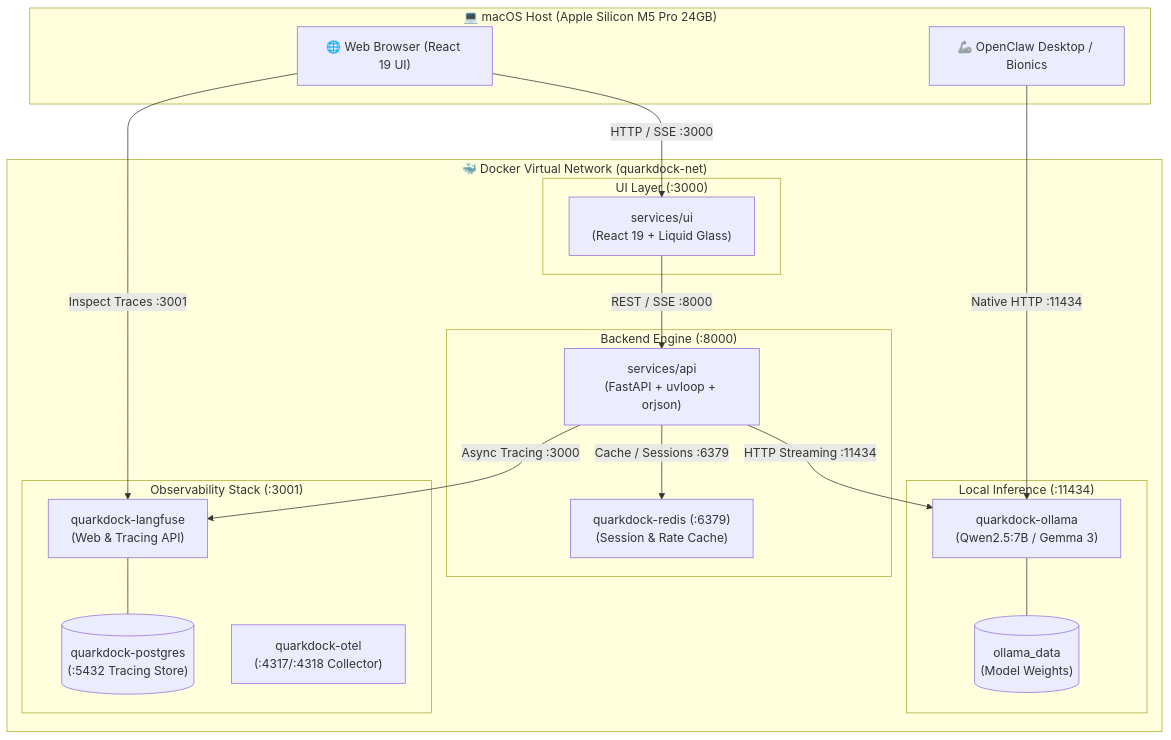
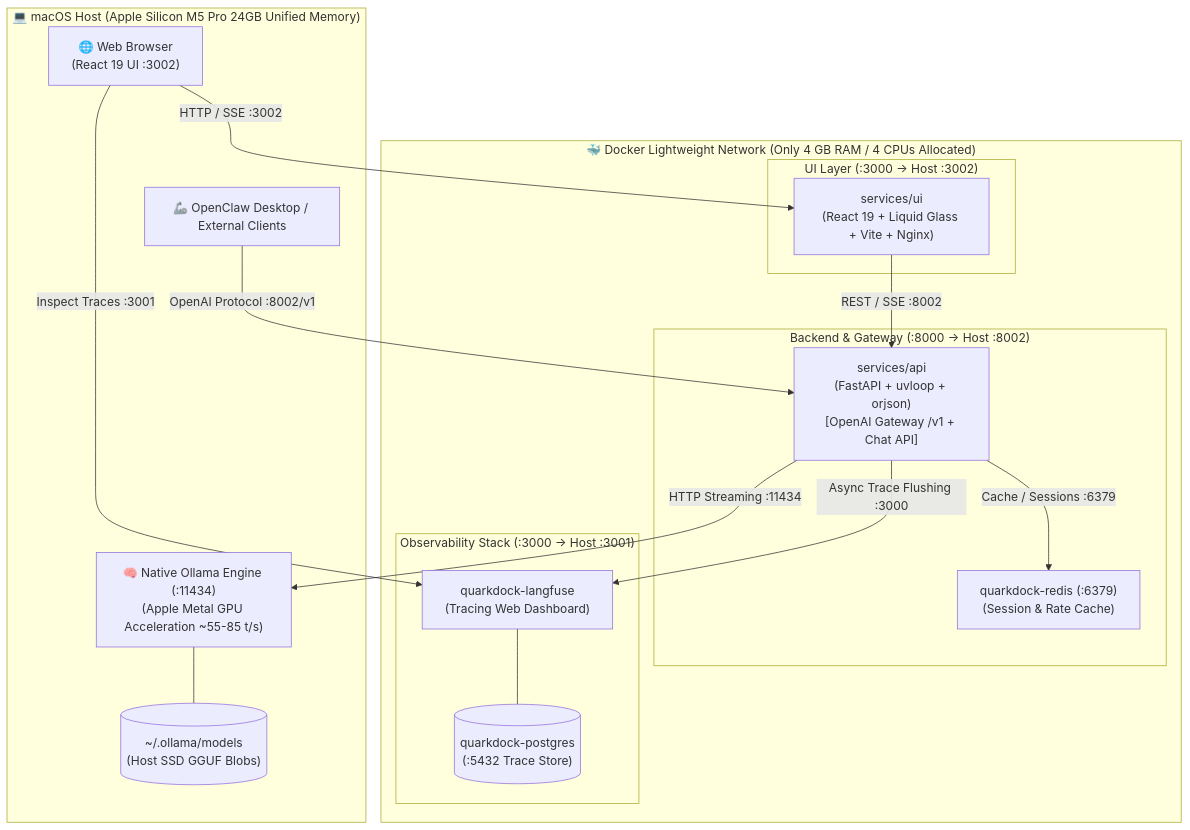
The diagram in README.md (vadde/QuarkDock), drawn with Mermaid before and after one commit. The commit also changed other lines of this file, not shown here.

Commit message:
docs(repo): update Grand Central README with native Metal hybrid architecture and Manage orchestrator workflow

````diff
--- a/README.md
+++ b/README.md
@@ -29,40 +33,36 @@
 ```mermaid
 flowchart TB
-    subgraph Host["💻 macOS Host (Apple Silicon M5 Pro 24GB)"]
-        Browser["🌐 Web Browser (React 19 UI)"]
-        OpenClaw["🦾 OpenClaw Desktop / Bionics"]
+    subgraph Host["💻 macOS Host (Apple Silicon M5 Pro 24GB Unified Memory)"]
+        Browser["🌐 Web Browser\n(React 19 UI :3002)"]
+        OpenClaw["🦾 OpenClaw Desktop / External Clients"]
+        Ollama["🧠 Native Ollama Engine (:11434)\n(Apple Metal GPU Acceleration ~55-85 t/s)"]
+        ModelStorage[("~/.ollama/models\n(Host SSD GGUF Blobs)")]
+        Ollama --- ModelStorage
     end
 
-    subgraph DockerNet["🐳 Docker Virtual Network (quarkdock-net)"]
-        subgraph FrontendLayer["UI Layer (:3000)"]
-            UI["services/ui\n(React 19 + Liquid Glass)"]
+    subgraph DockerNet["🐳 Docker Lightweight Network (Only 4 GB RAM / 4 CPUs Allocated)"]
+        subgraph FrontendLayer["UI Layer (:3000 -> Host :3002)"]
+            UI["services/ui\n(React 19 + Liquid Glass + Vite + Nginx)"]
         end
 
-        subgraph BackendLayer["Backend Engine (:8000)"]
-            API["services/api\n(FastAPI + uvloop + orjson)"]
+        subgraph BackendLayer["Backend & Gateway (:8000 -> Host :8002)"]
+            API["services/api\n(FastAPI + uvloop + orjson)\n[OpenAI Gateway /v1 + Chat API]"]
             Redis["quarkdock-redis (:6379)\n(Session & Rate Cache)"]
         end
 
-        subgraph ModelEngine["Local Inference (:11434)"]
-            Ollama["quarkdock-ollama\n(Qwen2.5:7B / Gemma 3)"]
-            Volume[("ollama_data\n(Model Weights)")]
-            Ollama --- Volume
-        end
-
-        subgraph ObservabilityLayer["Observability Stack (:3001)"]
-            Langfuse["quarkdock-langfuse\n(Web & Tracing API)"]
-            Postgres[("quarkdock-postgres\n(:5432 Tracing Store)")]
-            OTEL["quarkdock-otel\n(:4317/:4318 Collector)"]
+        subgraph ObservabilityLayer["Observability Stack (:3000 -> Host :3001)"]
+            Langfuse["quarkdock-langfuse\n(Tracing Web Dashboard)"]
+            Postgres[("quarkdock-postgres\n(:5432 Trace Store)")]
             Langfuse --- Postgres
         end
     end
 
     %% Network Connections
-    Browser -->|HTTP / SSE :3000| UI
-    UI -->|REST / SSE :8000| API
-    OpenClaw -->|Native HTTP :11434| Ollama
+    Browser -->|HTTP / SSE :3002| UI
+    UI -->|REST / SSE :8002| API
+    OpenClaw -->|OpenAI Protocol :8002/v1| API
     API -->|HTTP Streaming :11434| Ollama
-    API -->|Async Tracing :3000| Langfuse
+    API -->|Async Trace Flushing :3000| Langfuse
     API -->|Cache / Sessions :6379| Redis
     Browser -->|Inspect Traces :3001| Langfuse
 ```
````
